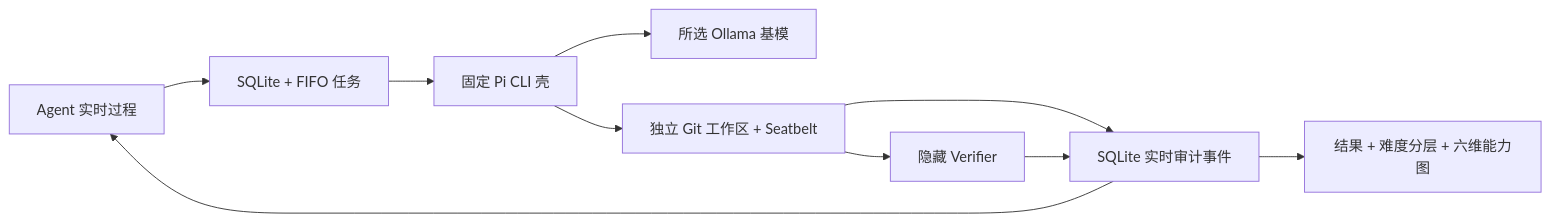
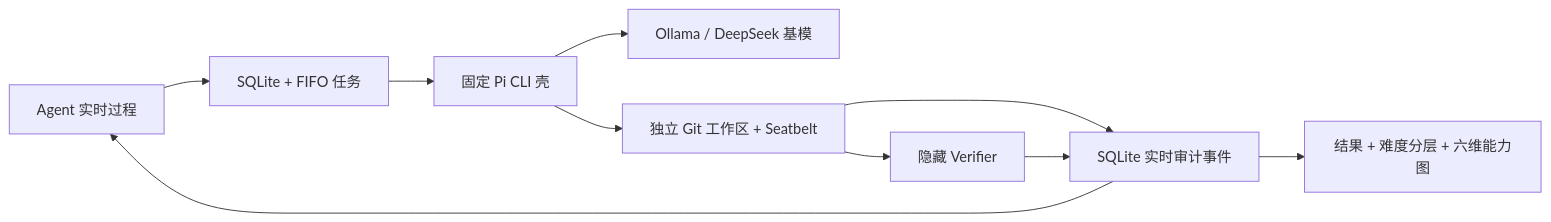
Before and after one commit to NEDONION/evalhub: the diagram in docs/getting-started/20260804_本地运行指南.md, drawn with Mermaid. The commit also changed other lines of this file and 22 other files, not shown here.

````diff
--- a/docs/getting-started/20260804_本地运行指南.md
+++ b/docs/getting-started/20260804_本地运行指南.md
@@ -191,12 +192,12 @@
 ```mermaid
 flowchart LR
     UI["Agent 评测表单"] --> Queue["SQLite + FIFO 任务"]
     Queue --> Pi["固定 Pi CLI 壳"]
-    Pi --> Ollama["所选 Ollama 基模"]
+    Pi --> Model["Ollama / DeepSeek 基模"]
     Pi --> Workspace["独立 Git 工作区 + Seatbelt"]
     Workspace --> Trace["SQLite 实时审计事件"]
     Trace --> UI["Agent 实时过程"]
     Workspace --> Verify["隐藏 Verifier"]
     Verify --> Trace
     Trace --> Report["结果 + 难度分层 + 六维能力图"]
 ```
````
